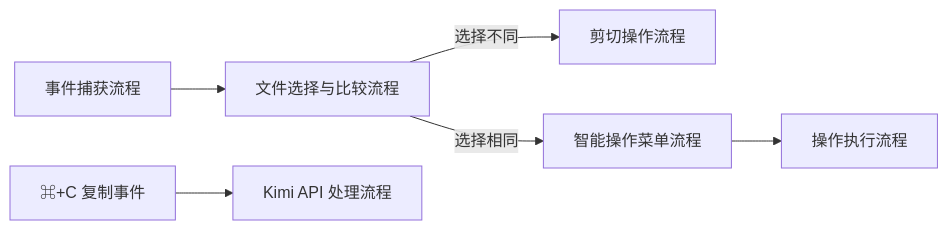
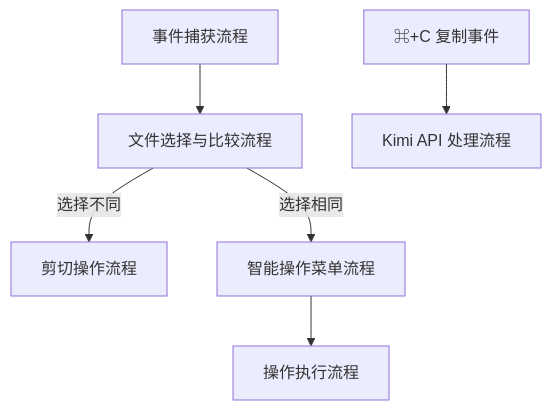
Before and after one commit to zhangs-cedar/mac-commondX: the first of 7 diagrams in 流程图.md, drawn with Mermaid. The commit also changed other lines of this file, not shown here.

Commit message:
refactor: 优化流程图结构，统一节点命名风格，提升可读性

````diff
--- a/流程图.md
+++ b/流程图.md
@@ -7,9 +7,9 @@
 ```mermaid
-flowchart LR
-    EventCapture[事件捕获流程] --> FileSelection[文件选择与比较流程]
-    FileSelection -->|选择不同| CutOperation[剪切操作流程]
-    FileSelection -->|选择相同| SmartMenu[智能操作菜单流程]
-    SmartMenu --> OperationExec[操作执行流程]
+flowchart TD
+    EventCapture["事件捕获流程"] --> FileSelection["文件选择与比较流程"]
+    FileSelection -->|"选择不同"| CutOperation["剪切操作流程"]
+    FileSelection -->|"选择相同"| SmartMenu["智能操作菜单流程"]
+    SmartMenu --> OperationExec["操作执行流程"]
     
-    CopyEvent[⌘+C 复制事件] --> KimiApi[Kimi API 处理流程]
+    CopyEvent["⌘+C 复制事件"] --> KimiApi["Kimi API 处理流程"]
 ```
````
